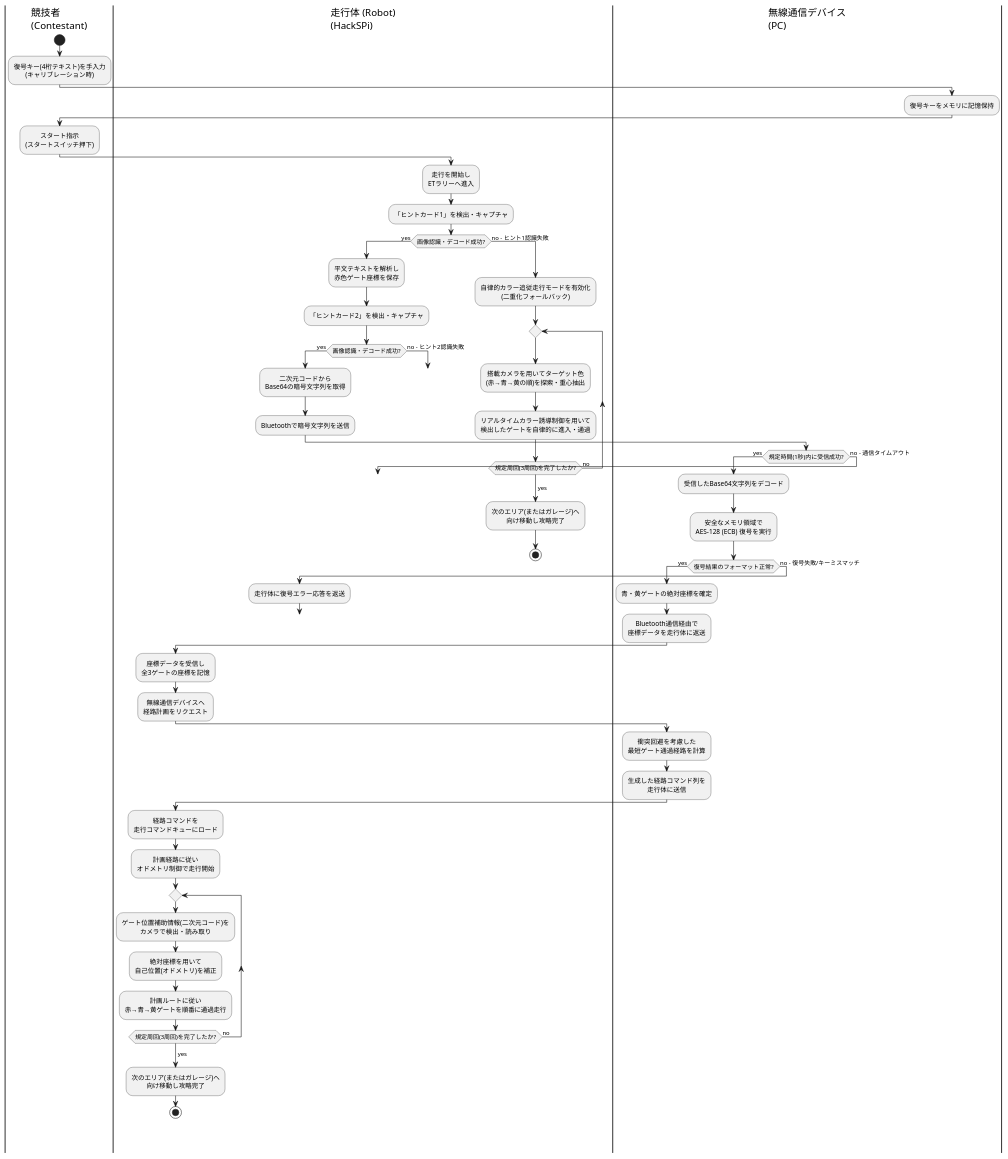
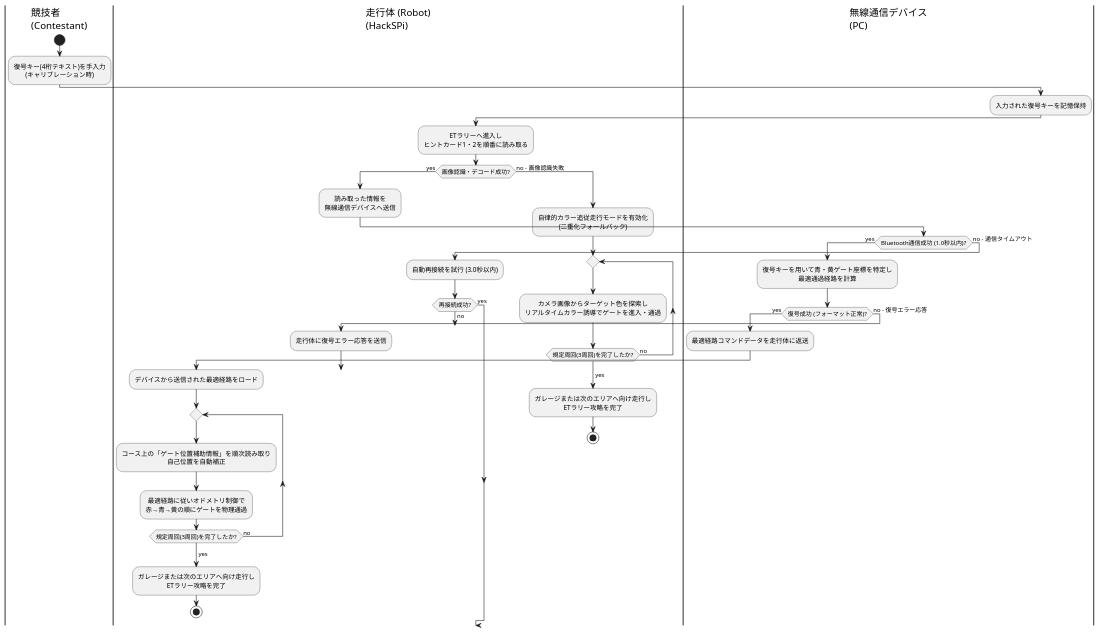
Before and after one commit to darts-cloud/note: the diagram in content/06_etrobokon2026_agy/要求モデル/03_アクティビティ図_PlantUML.md, drawn with PlantUML. The commit also changed other lines of this file and 3 other files, not shown here.

```diff
--- a/content/06_etrobokon2026_agy/要求モデル/03_アクティビティ図_PlantUML.md
+++ b/content/06_etrobokon2026_agy/要求モデル/03_アクティビティ図_PlantUML.md
@@ -32,79 +32,58 @@
 :復号キー(4桁テキスト)を手入力\n(キャリブレーション時);
 
 |無線通信デバイス\n(PC)|
-:復号キーをメモリに記憶保持;
-
-|競技者\n(Contestant)|
-:スタート指示\n(スタートスイッチ押下);
+:入力された復号キーを記憶保持;
 
 |走行体 (Robot)\n(HackSPi)|
-:走行を開始し\nETラリーへ進入;
-:「ヒントカード1」を検出・キャプチャ;
+:ETラリーへ進入し\nヒントカード1・2を順番に読み取る;
 
 if (画像認識・デコード成功?) then (yes)
-    :平文テキストを解析し\n赤色ゲート座標を保存;
-    :「ヒントカード2」を検出・キャプチャ;
+    :読み取った情報を\n無線通信デバイスへ送信;
     
-    if (画像認識・デコード成功?) then (yes)
-        :二次元コードから\nBase64の暗号文字列を取得;
-        :Bluetoothで暗号文字列を送信;
+    |無線通信デバイス\n(PC)|
+    if (Bluetooth通信成功 (1.0秒以内)?) then (yes)
+        :復号キーを用いて青・黄ゲート座標を特定し\n最適通過経路を計算;
         
-        |無線通信デバイス\n(PC)|
-        if (規定時間(1秒)内に受信成功?) then (yes)
-            :受信したBase64文字列をデコード;
-            :安全なメモリ領域で\nAES-128 (ECB) 復号を実行;
+        if (復号成功 (フォーマット正常)?) then (yes)
+            :最適経路コマンドデータを走行体に返送;
             
-            if (復号結果のフォーマット正常?) then (yes)
-                :青・黄ゲートの絶対座標を確定;
-                :Bluetooth通信経由で\n座標データを走行体に返送;
-                
-                |走行体 (Robot)\n(HackSPi)|
-                :座標データを受信し\n全3ゲートの座標を記憶;
-                :無線通信デバイスへ\n経路計画をリクエスト;
-                
-                |無線通信デバイス\n(PC)|
-                :衝突回避を考慮した\n最短ゲート通過経路を計算;
-                :生成した経路コマンド列を\n走行体に送信;
-                
-                |走行体 (Robot)\n(HackSPi)|
-                :経路コマンドを\n走行コマンドキューにロード;
-                :計画経路に従い\nオドメトリ制御で走行開始;
-                
-                repeat
-                    :ゲート位置補助情報(二次元コード)を\nカメラで検出・読み取り;
-                    :絶対座標を用いて\n自己位置(オドメトリ)を補正;
-                    :計画ルートに従い\n赤→青→黄ゲートを順番に通過走行;
-                repeat while (規定周回(3周回)を完了したか?) is (no)
-                ->yes;
-                
-                :次のエリア(またはガレージ)へ\n向け移動し攻略完了;
-                stop
-                
-            else (no - 復号失敗/キーミスマッチ)
-                :走行体に復号エラー応答を返送;
-                |走行体 (Robot)\n(HackSPi)|
-                goto fallback
-            endif
-        else (no - 通信タイムアウト)
+            |走行体 (Robot)\n(HackSPi)|
+            :デバイスから送信された最適経路をロード;
+            
+            repeat
+                :コース上の「ゲート位置補助情報」を順次読み取り\n自己位置を自動補正;
+                :最適経路に従いオドメトリ制御で\n赤→青→黄の順にゲートを物理通過;
+            repeat while (規定周回(3周回)を完了したか?) is (no)
+            ->yes;
+            
+            :ガレージまたは次のエリアへ向け走行し\nETラリー攻略を完了;
+            stop
+            
+        else (no - 復号エラー応答)
+            :走行体に復号エラー応答を送信;
             |走行体 (Robot)\n(HackSPi)|
             goto fallback
         endif
-    else (no - ヒント2認識失敗)
+    else (no - 通信タイムアウト)
         |走行体 (Robot)\n(HackSPi)|
-        goto fallback
+        :自動再接続を試行 (3.0秒以内);
+        if (再接続成功?) then (yes)
+            ' 再接続成功時は送信処理を再試行
+        else (no)
+            goto fallback
+        endif
     endif
-else (no - ヒント1認識失敗)
+else (no - 画像認識失敗)
     |走行体 (Robot)\n(HackSPi)|
     label fallback
     :自律的カラー追従走行モードを有効化\n(二重化フォールバック);
     
     repeat
-        :搭載カメラを用いてターゲット色\n(赤→青→黄の順)を探索・重心抽出;
-        :リアルタイムカラー誘導制御を用いて\n検出したゲートを自律的に進入・通過;
+        :カメラ画像からターゲット色を探索し\nリアルタイムカラー誘導でゲートを進入・通過;
     repeat while (規定周回(3周回)を完了したか?) is (no)
     ->yes;
     
-    :次のエリア(またはガレージ)へ\n向け移動し攻略完了;
+    :ガレージまたは次のエリアへ向け走行し\nETラリー攻略を完了;
     stop
 endif
 
```
